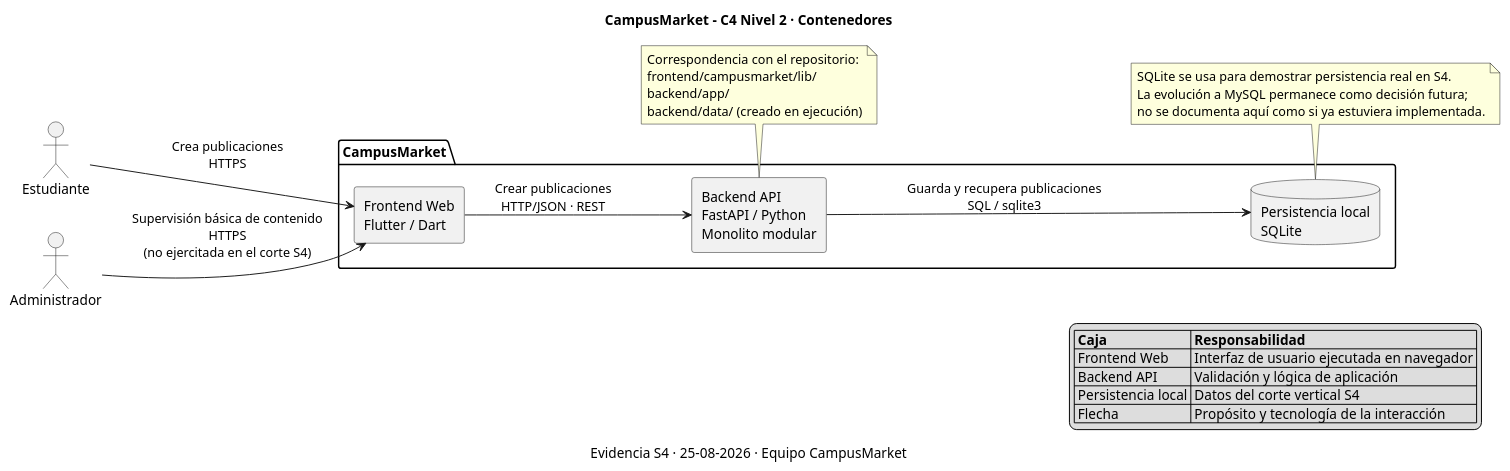
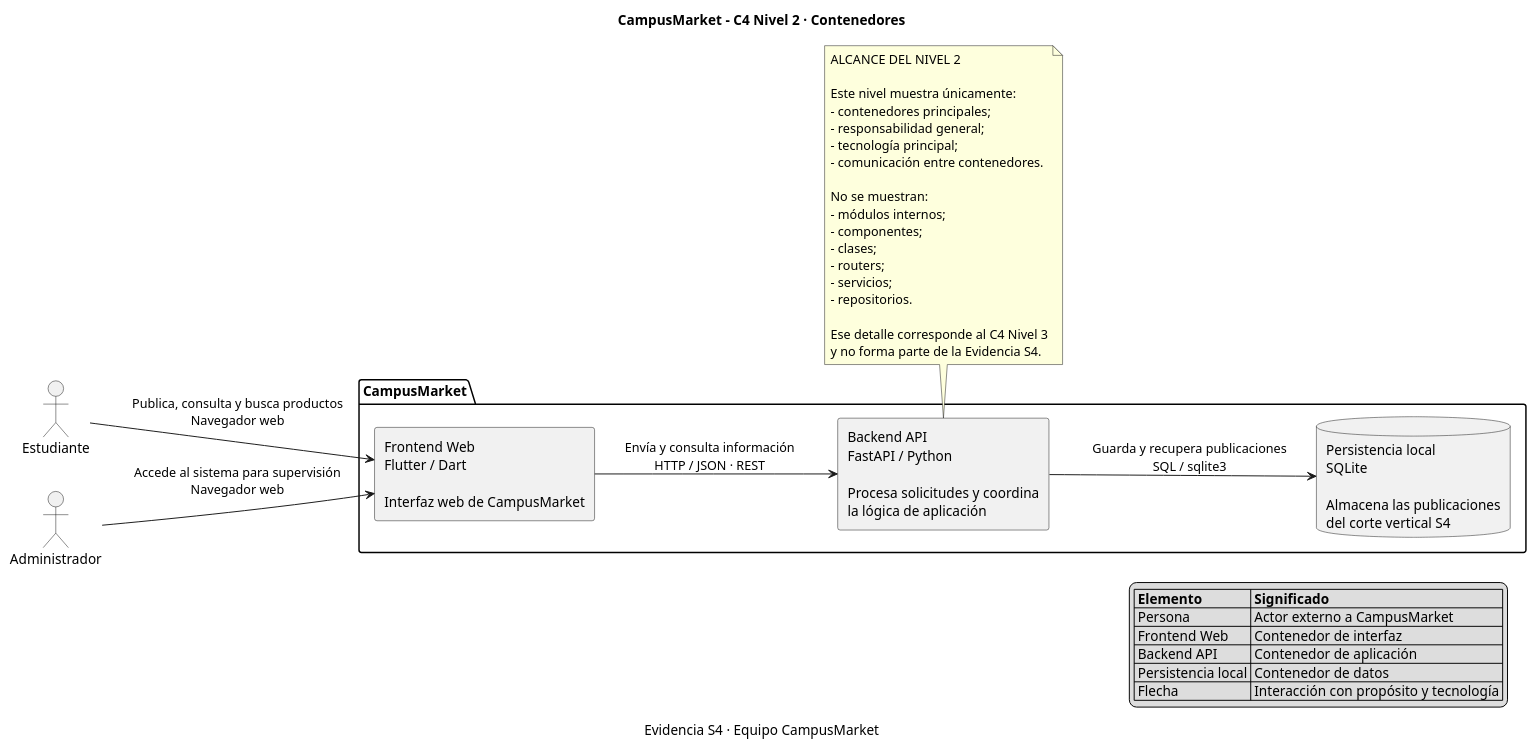
Before and after one commit to ISCOUTB/AS_202620_PROYECTO_CAMPUSMARKET: the diagram in docs/c4/02-contenedores.puml, drawn with PlantUML.

Commit message:
Corregir C4 Nivel 2 de CampusMarket

```diff
--- a/docs/c4/02-contenedores.puml
+++ b/docs/c4/02-contenedores.puml
@@ -1,42 +1,60 @@
 @startuml
+
 title CampusMarket - C4 Nivel 2 · Contenedores
-caption Evidencia S4 · 25-08-2026 · Equipo CampusMarket
+caption Evidencia S4 · Equipo CampusMarket
 
 left to right direction
 skinparam shadowing false
+skinparam actorStyle stickman
 
 actor "Estudiante" as estudiante
-actor "Administrador" as admin
+actor "Administrador" as administrador
 
 package "CampusMarket" {
-  rectangle "Frontend Web\nFlutter / Dart" as frontend
-  rectangle "Backend API\nFastAPI / Python\nMonolito modular" as backend
-  database "Persistencia local\nSQLite" as db
+
+  rectangle "Frontend Web\nFlutter / Dart\n\nInterfaz web de CampusMarket" as frontend
+
+  rectangle "Backend API\nFastAPI / Python\n\nProcesa solicitudes y coordina\nla lógica de aplicación" as backend
+
+  database "Persistencia local\nSQLite\n\nAlmacena las publicaciones\ndel corte vertical S4" as db
 }
 
-estudiante --> frontend : Crea publicaciones\nHTTPS
-admin --> frontend : Supervisión básica de contenido\nHTTPS\n(no ejercitada en el corte S4)
-frontend --> backend : Crear publicaciones\nHTTP/JSON · REST
+estudiante --> frontend : Publica, consulta y busca productos\nNavegador web
+
+administrador --> frontend : Accede al sistema para supervisión\nNavegador web
+
+frontend --> backend : Envía y consulta información\nHTTP / JSON · REST
+
 backend --> db : Guarda y recupera publicaciones\nSQL / sqlite3
 
 legend right
-|= Caja |= Responsabilidad |
-| Frontend Web | Interfaz de usuario ejecutada en navegador |
-| Backend API | Validación y lógica de aplicación |
-| Persistencia local | Datos del corte vertical S4 |
-| Flecha | Propósito y tecnología de la interacción |
+|= Elemento |= Significado |
+| Persona | Actor externo a CampusMarket |
+| Frontend Web | Contenedor de interfaz |
+| Backend API | Contenedor de aplicación |
+| Persistencia local | Contenedor de datos |
+| Flecha | Interacción con propósito y tecnología |
 endlegend
 
 note bottom of backend
-Correspondencia con el repositorio:
-frontend/campusmarket/lib/
-backend/app/
-backend/data/ (creado en ejecución)
+ALCANCE DEL NIVEL 2
+
+Este nivel muestra únicamente:
+- contenedores principales;
+- responsabilidad general;
+- tecnología principal;
+- comunicación entre contenedores.
+
+No se muestran:
+- módulos internos;
+- componentes;
+- clases;
+- routers;
+- servicios;
+- repositorios.
+
+Ese detalle corresponde al C4 Nivel 3
+y no forma parte de la Evidencia S4.
 end note
 
-note bottom of db
-SQLite se usa para demostrar persistencia real en S4.
-La evolución a MySQL permanece como decisión futura;
-no se documenta aquí como si ya estuviera implementada.
-end note
 @enduml
```
